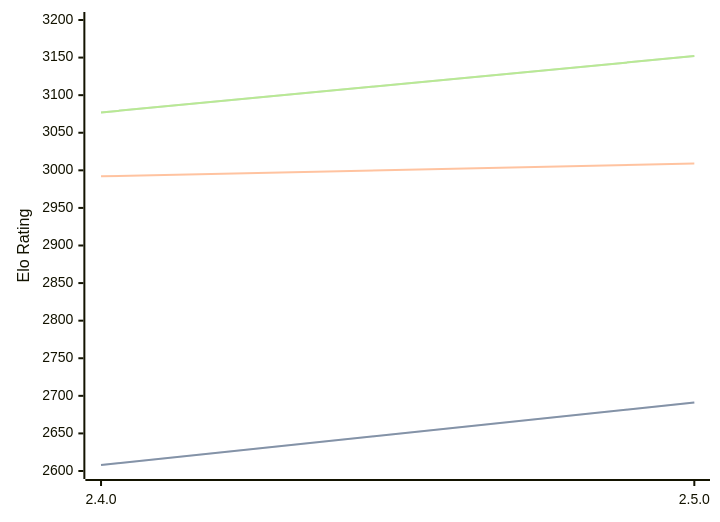
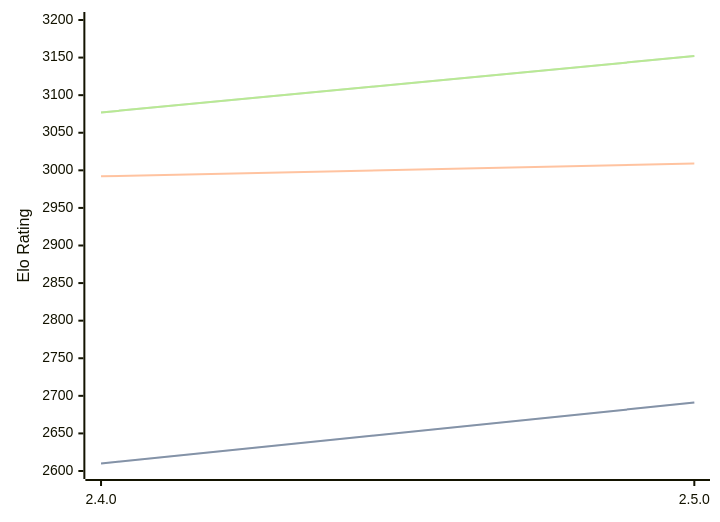
The first of 3 diagrams in engines/Sturddle2.md (computer-chess-index/cci), drawn with Mermaid before and after one commit. The commit also changed other lines of this file, not shown here.

````diff
--- a/engines/Sturddle2.md
+++ b/engines/Sturddle2.md
@@ -37,11 +37,11 @@
 ```mermaid
 %%{init: {"theme":"base","themeVariables":{"seriesColors:['#a3a3a3','#222221','#faa371']}}}%%
 xychart-beta
   x-axis ["2.4.0", "2.5.0"]
   y-axis "Elo Rating" 2600 --> 3200
-  line "STC (8.0+0.08s)" [2608, 2691]
-  line "STC (8.0+0.08s)" [2608, 2691]
+  line "STC (8.0+0.08s)" [2610, 2691]
+  line "STC (8.0+0.08s)" [2610, 2691]
   line "LTC (60.0+0.60s)" [2992, 3009]
   line "VLTC (2m24s+1.12s)" [3077, 3152]
   line "VLTC (2m24s+1.12s)" [3077, 3152]
 ```
````
